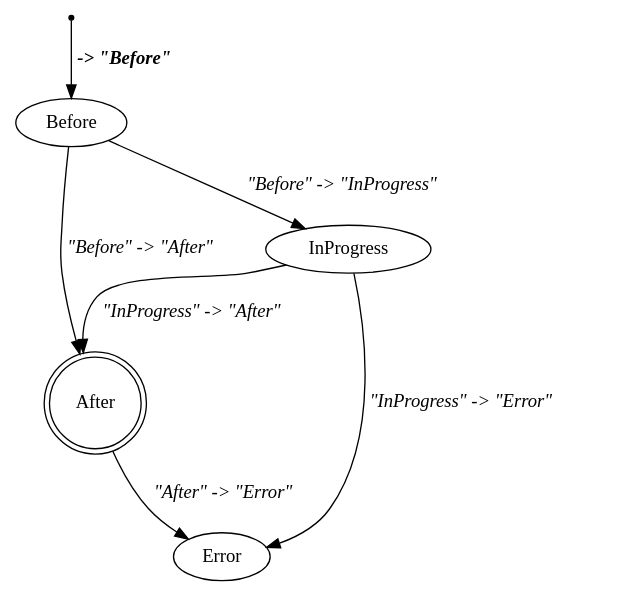
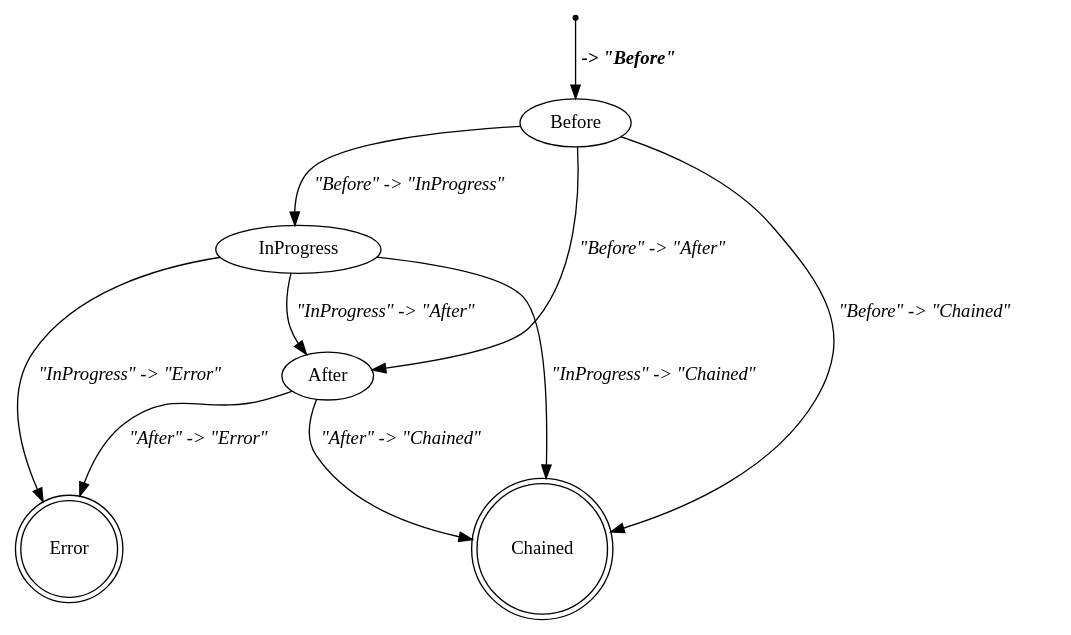
The diagram in docs/appointments_stm.dot (kieranjwhite/calendar_mirror), drawn with Graphviz before and after one commit. The commit also changed 6 other files, not shown here.

```diff
--- a/docs/appointments_stm.dot
+++ b/docs/appointments_stm.dot
@@ -1,13 +1,17 @@
 digraph appointment_stm {
-    After[label="After"][shape="doublecircle"];
+    After[label="After"][shape="ellipse"];
     Before[label="Before"][shape="ellipse"];
-    Error[label="Error"][shape="ellipse"];
+    Chained[label="Chained"][shape="doublecircle"];
+    Error[label="Error"][shape="doublecircle"];
     InProgress[label="InProgress"][shape="ellipse"];
     _start[label="_start"][shape="point"];
     _start -> Before[label=<<TABLE BORDER="0"><TR><TD><B><I> -&gt; "Before"</I></B></TD></TR></TABLE>>];
     Before -> InProgress[label=<<TABLE BORDER="0"><TR><TD><I>"Before" -&gt; "InProgress"</I></TD></TR></TABLE>>];
     Before -> After[label=<<TABLE BORDER="0"><TR><TD><I>"Before" -&gt; "After"</I></TD></TR></TABLE>>];
     InProgress -> After[label=<<TABLE BORDER="0"><TR><TD><I>"InProgress" -&gt; "After"</I></TD></TR></TABLE>>];
+    Before -> Chained[label=<<TABLE BORDER="0"><TR><TD><I>"Before" -&gt; "Chained"</I></TD></TR></TABLE>>];
+    InProgress -> Chained[label=<<TABLE BORDER="0"><TR><TD><I>"InProgress" -&gt; "Chained"</I></TD></TR></TABLE>>];
+    After -> Chained[label=<<TABLE BORDER="0"><TR><TD><I>"After" -&gt; "Chained"</I></TD></TR></TABLE>>];
     InProgress -> Error[label=<<TABLE BORDER="0"><TR><TD><I>"InProgress" -&gt; "Error"</I></TD></TR></TABLE>>];
     After -> Error[label=<<TABLE BORDER="0"><TR><TD><I>"After" -&gt; "Error"</I></TD></TR></TABLE>>];
 }
```
